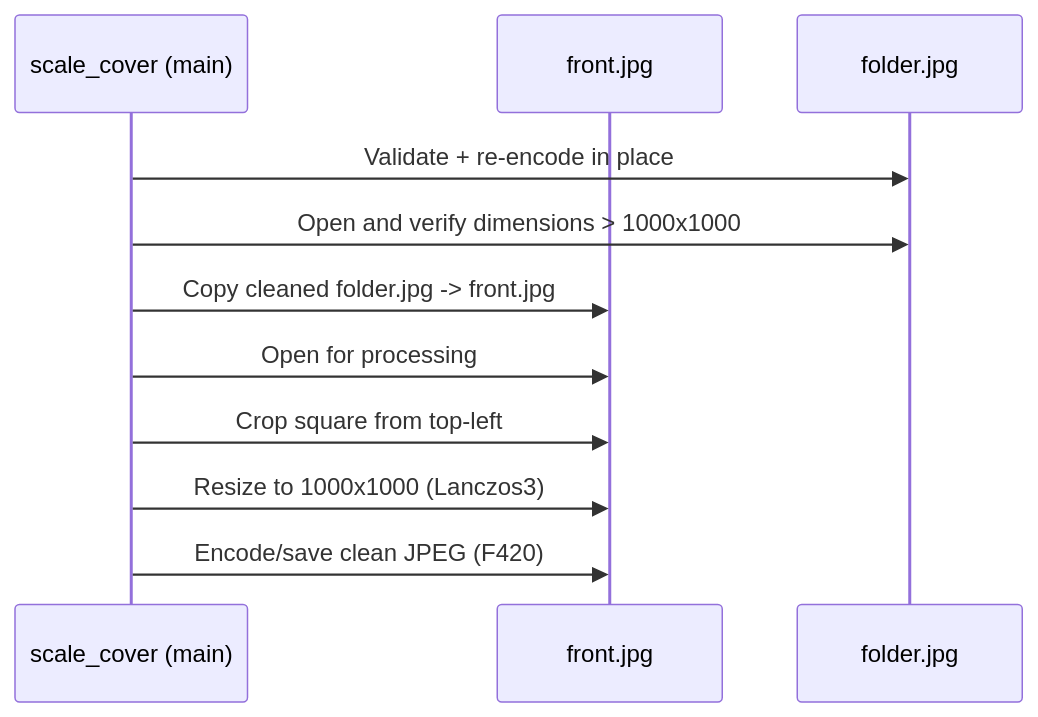
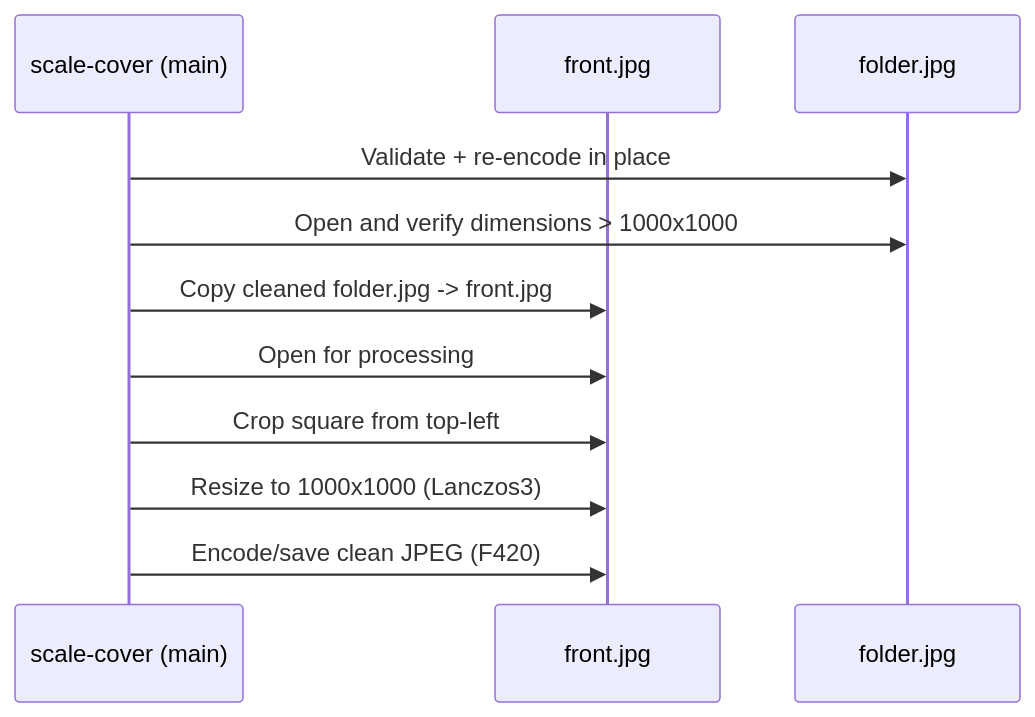
One commit to ibiscum/audiotools-rs changed the diagram in README.md. Above: the diagram before and after it, drawn with Mermaid. The commit also changed other lines of this file and 2 other files, not shown here.

````diff
--- a/README.md
+++ b/README.md
@@ -131,14 +131,14 @@
 ```mermaid
 sequenceDiagram
-    participant Main as scale_cover (main)
+    participant Main as scale-cover (main)
     participant Front as front.jpg
     participant Folder as folder.jpg
 
     Main->>Folder: Validate + re-encode in place
     Main->>Folder: Open and verify dimensions > 1000x1000
     Main->>Front: Copy cleaned folder.jpg -> front.jpg
     Main->>Front: Open for processing
     Main->>Front: Crop square from top-left
     Main->>Front: Resize to 1000x1000 (Lanczos3)
     Main->>Front: Encode/save clean JPEG (F420)
 ```
````
